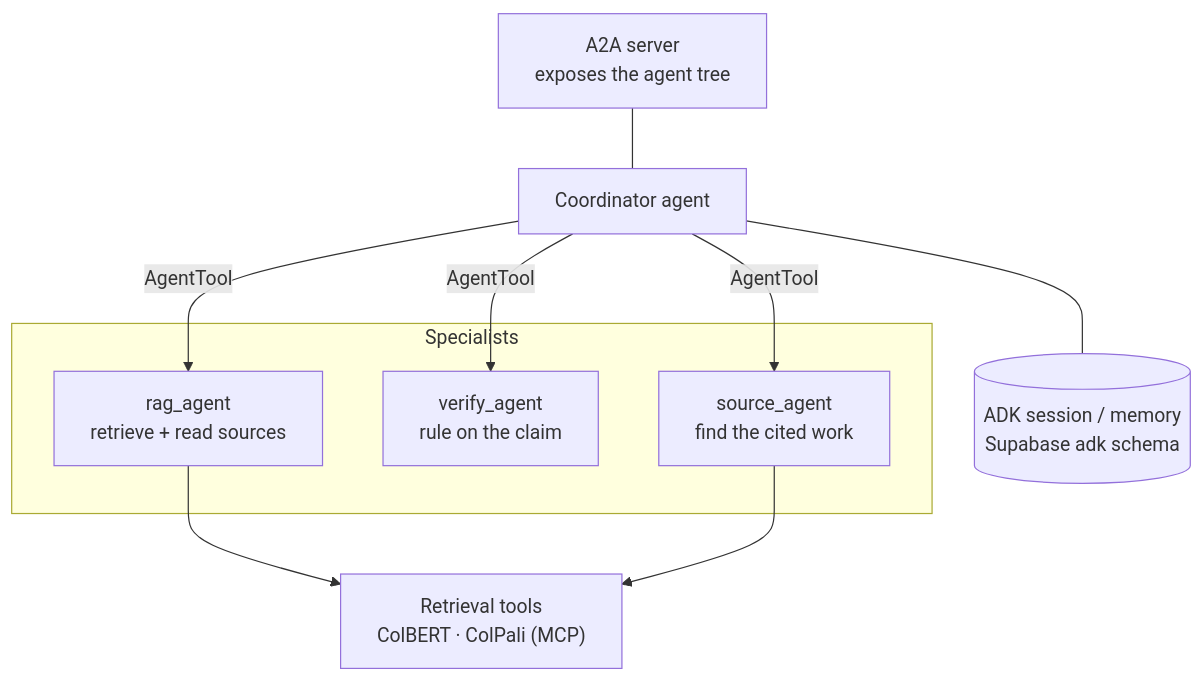
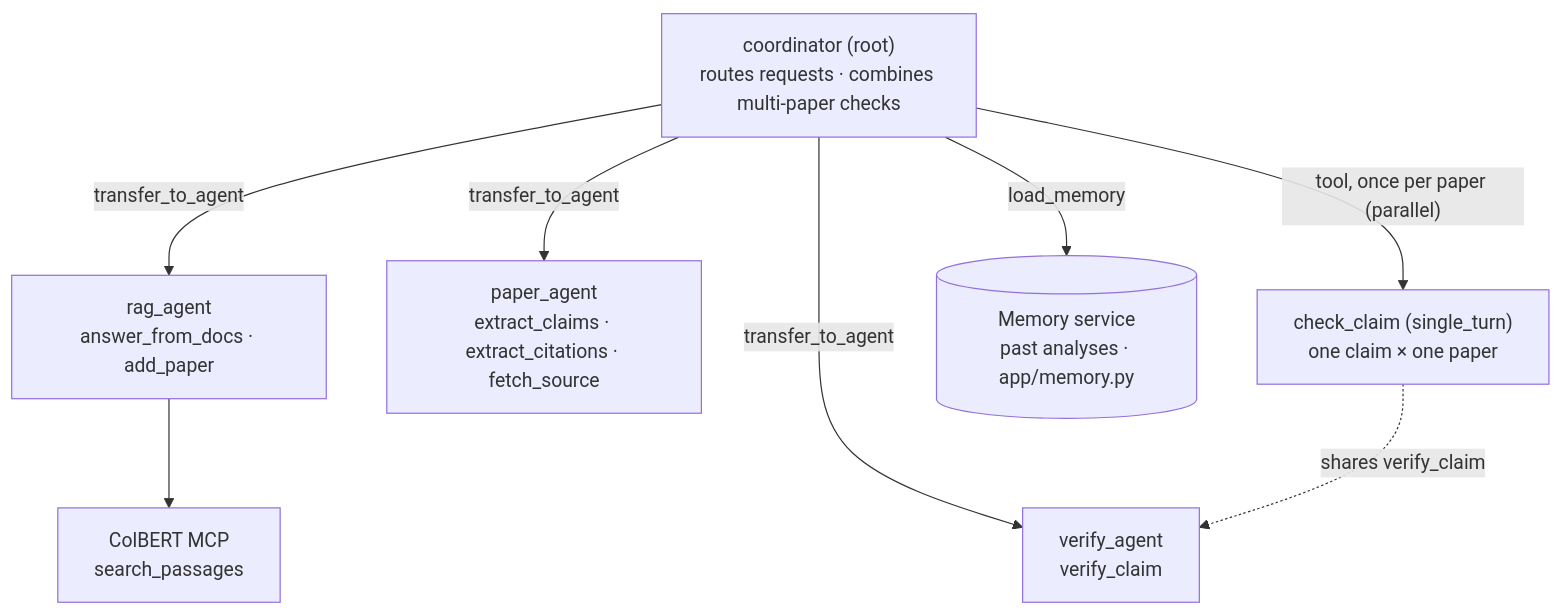
One commit to ZenithGeeks/SecretSource-prototype changed the sixth of 9 diagrams in docs/diagrams.md. Above: the diagram before and after it, drawn with Mermaid. The commit also changed other lines of this file and 2 other files, not shown here.

First line of the commit message:
docs: correct agent + deployment diagrams against the code

````diff
--- a/docs/diagrams.md
+++ b/docs/diagrams.md
@@ -217,20 +221,18 @@
 ```mermaid
 flowchart TB
-  COORD["Coordinator agent"]
-  subgraph Specialists
-    RAG["rag_agent<br/>retrieve + read sources"]
-    VER["verify_agent<br/>rule on the claim"]
-    SRC["source_agent<br/>find the cited work"]
-  end
-  TOOLS["Retrieval tools<br/>ColBERT · ColPali (MCP)"]
-  MEM[("ADK session / memory<br/>Supabase adk schema")]
-  A2A["A2A server<br/>exposes the agent tree"]
+  COORD["coordinator (root)<br/>routes requests · combines multi-paper checks"]
+  RAG["rag_agent<br/>answer_from_docs · add_paper"]
+  PAP["paper_agent<br/>extract_claims · extract_citations · fetch_source"]
+  VER["verify_agent<br/>verify_claim"]
+  CHK["check_claim (single_turn)<br/>one claim × one paper"]
+  MEM[("Memory service<br/>past analyses · app/memory.py")]
+  MCP["ColBERT MCP<br/>search_passages"]
 
-  COORD -- AgentTool --> RAG
-  COORD -- AgentTool --> VER
-  COORD -- AgentTool --> SRC
-  RAG --> TOOLS
-  SRC --> TOOLS
-  COORD --- MEM
-  A2A --- COORD
+  COORD -- load_memory --> MEM
+  COORD -- transfer_to_agent --> RAG
+  COORD -- transfer_to_agent --> PAP
+  COORD -- transfer_to_agent --> VER
+  COORD -- "tool, once per paper (parallel)" --> CHK
+  RAG --> MCP
+  CHK -. shares verify_claim .-> VER
 ```
````
